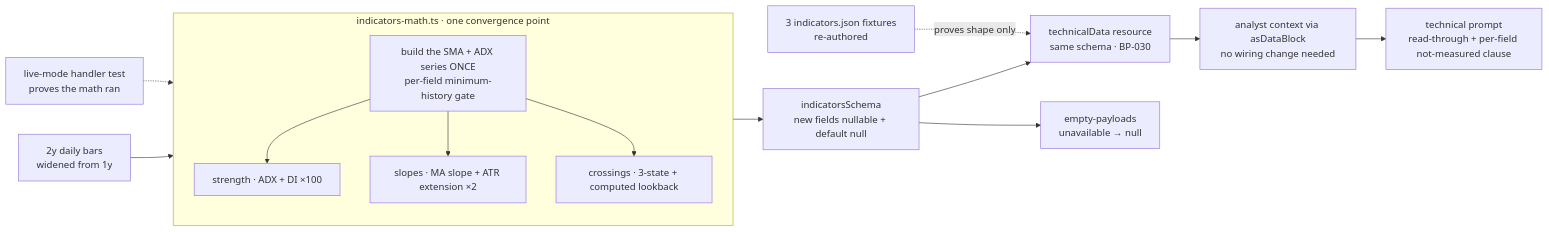
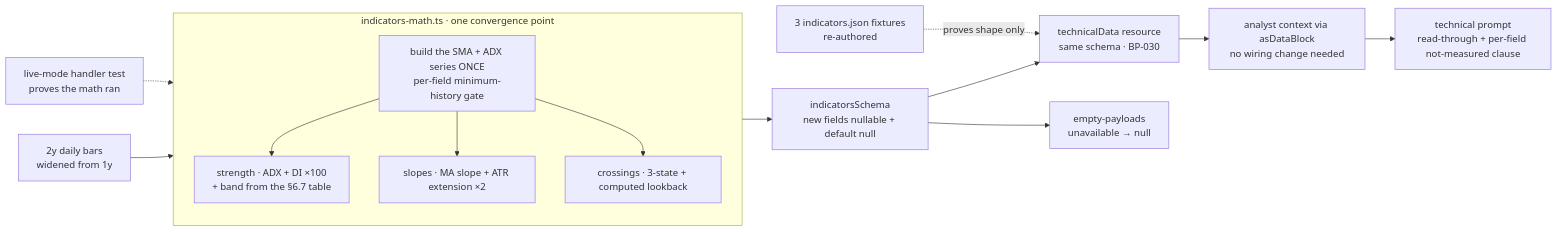
One commit to fixpoint-labs/flow-state-dev changed the diagram in spec/FIX-826.md. Above: the diagram before and after it, drawn with Mermaid. The commit also changed other lines of this file and 3 other files, not shown here.

````diff
--- a/spec/FIX-826.md
+++ b/spec/FIX-826.md
@@ -379,19 +454,19 @@
 ```mermaid
 flowchart LR
   BARS[2y daily bars<br/>widened from 1y] --> MATH
   subgraph MATH[indicators-math.ts · one convergence point]
     SER[build the SMA + ADX series ONCE<br/>per-field minimum-history gate]
-    ADX[strength · ADX + DI ×100]
+    ADX[strength · ADX + DI ×100<br/>+ band from the §6.7 table]
     SLOPE[slopes · MA slope + ATR extension ×2]
     XOVER[crossings · 3-state + computed lookback]
     SER --> ADX & SLOPE & XOVER
   end
   MATH --> SCHEMA[indicatorsSchema<br/>new fields nullable + default null]
   SCHEMA --> SPINE[technicalData resource<br/>same schema · BP-030]
   SCHEMA --> EMPTY[empty-payloads<br/>unavailable → null]
   SPINE --> CTX[analyst context via asDataBlock<br/>no wiring change needed]
   CTX --> PROMPT[technical prompt<br/>read-through + per-field not-measured clause]
   FIX[3 indicators.json fixtures<br/>re-authored]
   FIX -.->|proves shape only| SPINE
   LIVE[live-mode handler test<br/>proves the math ran] -.-> MATH
 ```
````
